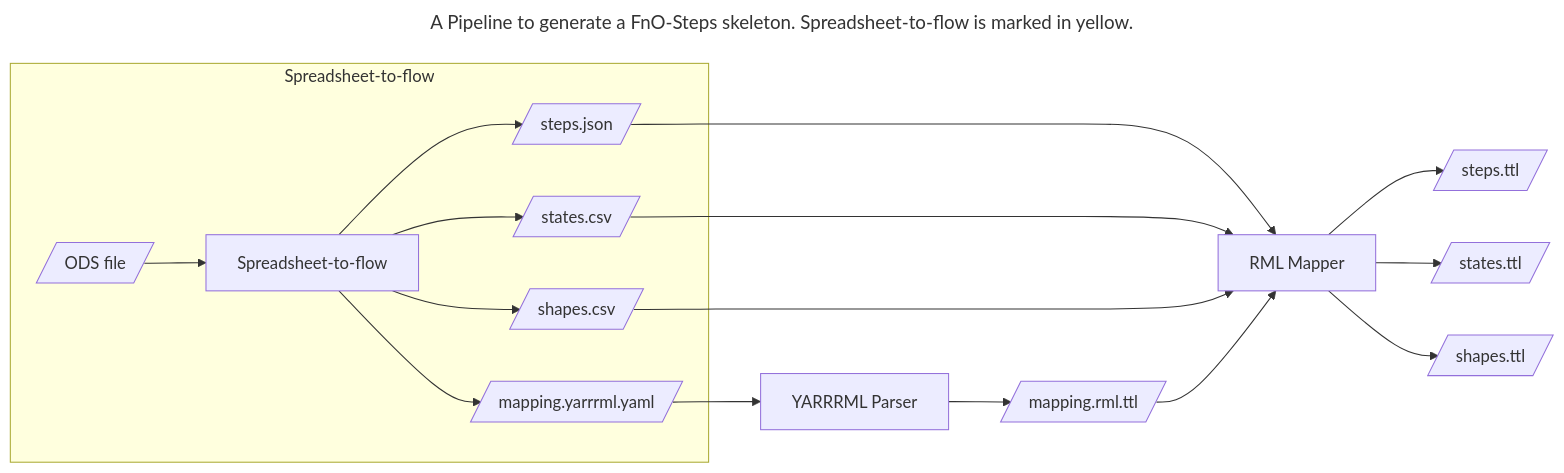
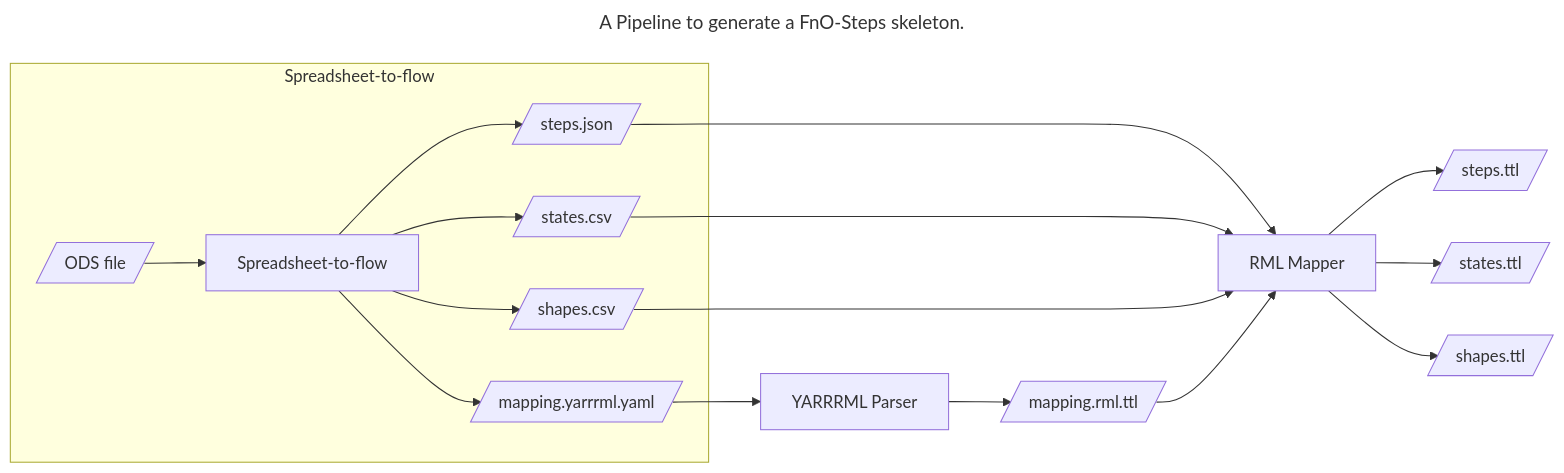
The diagram in README.md (FnOio/Spreadheet-to-workflow), drawn with Mermaid before and after one commit.

````diff
--- a/README.md
+++ b/README.md
@@ -10,24 +10,24 @@
 ```mermaid
 ---
-title: A Pipeline to generate a FnO-Steps skeleton. Spreadsheet-to-flow is marked in yellow.
+title: A Pipeline to generate a FnO-Steps skeleton.
 ---
 flowchart LR
     subgraph Spreadsheet-to-flow
     A[/ODS file/] --> stf[Spreadsheet-to-flow]
     stf --> yf[/mapping.yarrrml.yaml/]
     stf --> sf[/steps.json/]
     stf --> st[/states.csv/]
     stf --> sh[/shapes.csv/]
     end
     yf --> yp[YARRRML Parser]
     yp --> rmlf[/mapping.rml.ttl/]
 
     sf --> rmlm[RML Mapper]
     st --> rmlm
     sh --> rmlm
     rmlf --> rmlm
 
     rmlm --> steps[/steps.ttl/]
     rmlm --> states[/states.ttl/]
     rmlm --> shapes[/shapes.ttl/]
 ```
````
